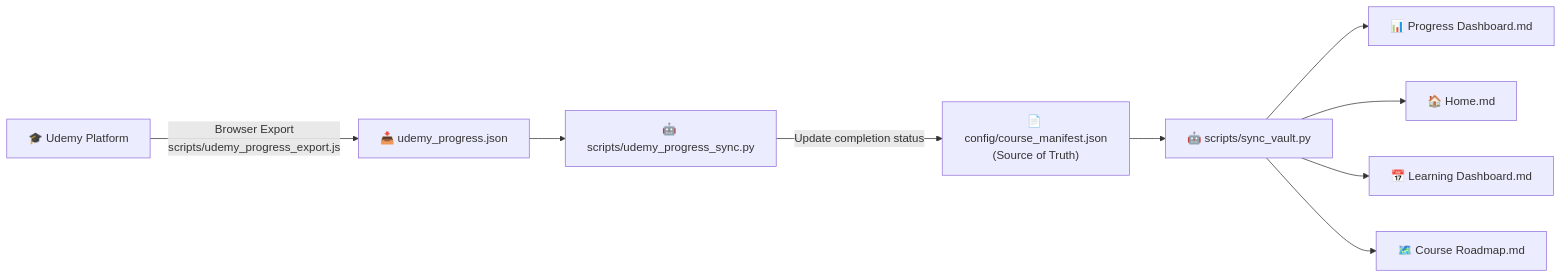
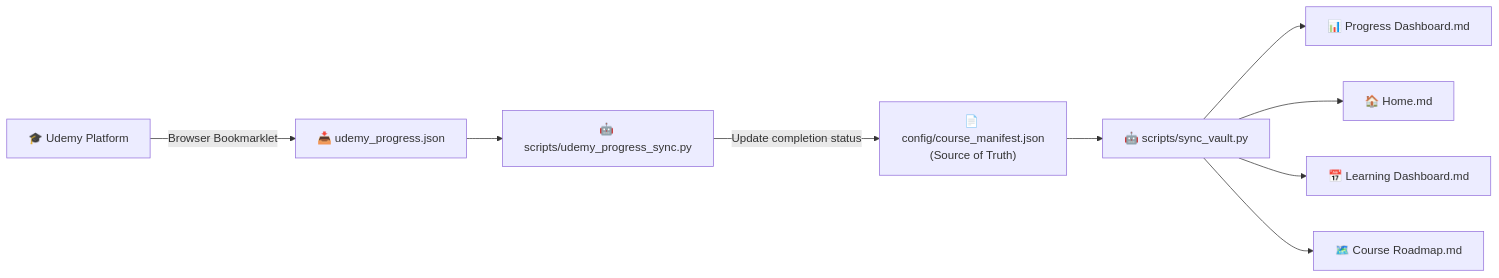
The second of 2 diagrams in README.md (Sohila-Khaled-Abbas/Excel-VBA-Second-Brain), drawn with Mermaid before and after one commit. The commit also changed other lines of this file, not shown here.

````diff
--- a/README.md
+++ b/README.md
@@ -242,12 +200,12 @@
 ```mermaid
 flowchart LR
     Manifest["📄 config/course_manifest.json\n(Source of Truth)"] --> Sync["🤖 scripts/sync_vault.py"]
     Sync --> D1["📊 Progress Dashboard.md"]
     Sync --> D2["🏠 Home.md"]
     Sync --> D3["📅 Learning Dashboard.md"]
     Sync --> D4["🗺️ Course Roadmap.md"]
 
-    Udemy["🎓 Udemy Platform"] -->|"Browser Export\nscripts/udemy_progress_export.js"| JSON["📥 udemy_progress.json"]
+    Udemy["🎓 Udemy Platform"] -->|"Browser Bookmarklet"| JSON["📥 udemy_progress.json"]
     JSON --> Sync2["🤖 scripts/udemy_progress_sync.py"]
-    Sync2 -->|Update completion status| Manifest
+    Sync2 -->|"Update completion status"| Manifest
 ```
````
